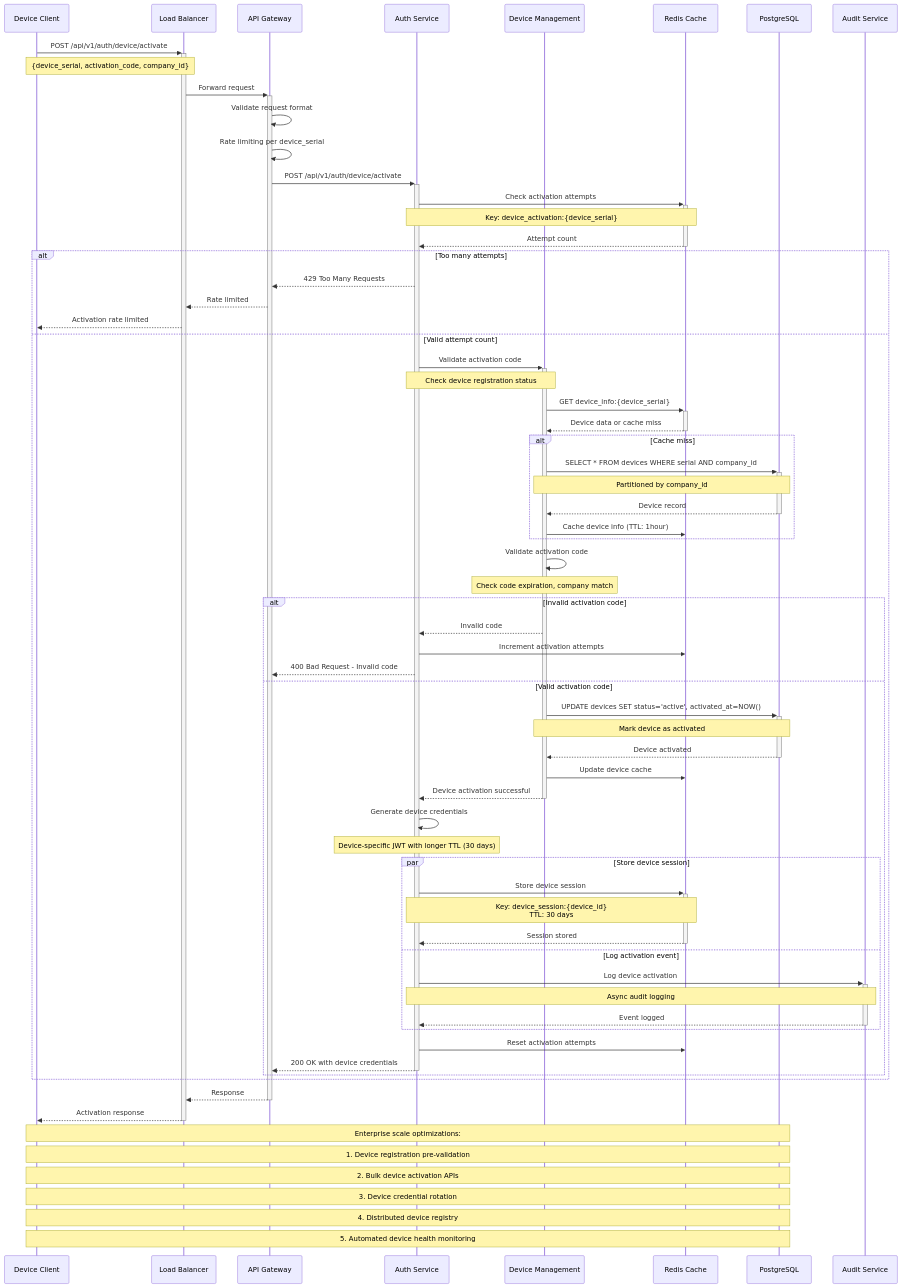
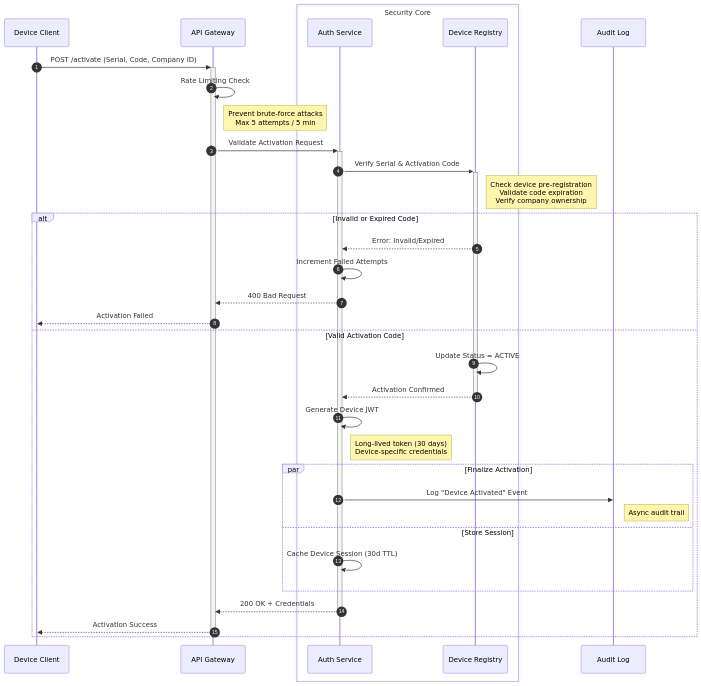
One commit to Youknow2509/cio_verify_face changed the diagram in doc/sequence_diagrams/auth/device_activate.mmd. Above: the diagram before and after it, drawn with Mermaid. The commit also changed 70 other files, not shown here.

Commit message:
feat(client): complete UI implementation for all 4 apps - web-admin, web-staff, device-app, system-admin with full features, themes, and auth

```diff
--- a/doc/sequence_diagrams/auth/device_activate.mmd
+++ b/doc/sequence_diagrams/auth/device_activate.mmd
@@ -1,83 +1,41 @@
 sequenceDiagram
+    autonumber
     participant Device as Device Client
-    participant LB as Load Balancer
     participant Gateway as API Gateway
-    participant Auth as Auth Service
-    participant DeviceMgmt as Device Management
-    participant Cache as Redis Cache
-    participant DB as PostgreSQL
-    participant Audit as Audit Service
+    box Security Core #fff5f5
+        participant Auth as Auth Service
+        participant Registry as Device Registry
+    end
+    participant Audit as Audit Log
 
-    Device->>+LB: POST /api/v1/auth/device/activate
-    Note over Device,LB: {device_serial, activation_code, company_id}
+    Device->>+Gateway: POST /activate (Serial, Code, Company ID)
+    Gateway->>Gateway: Rate Limiting Check
+    Note right of Gateway: Prevent brute-force attacks<br/>Max 5 attempts / 5 min
     
-    LB->>+Gateway: Forward request
-    Gateway->>Gateway: Validate request format
-    Gateway->>Gateway: Rate limiting per device_serial
+    Gateway->>+Auth: Validate Activation Request
+
+    Auth->>+Registry: Verify Serial & Activation Code
+    Note right of Registry: Check device pre-registration<br/>Validate code expiration<br/>Verify company ownership
     
-    Gateway->>+Auth: POST /api/v1/auth/device/activate
-    
-    Auth->>+Cache: Check activation attempts
-    Note over Auth,Cache: Key: device_activation:{device_serial}
-    Cache-->>-Auth: Attempt count
-    
-    alt Too many attempts
-        Auth-->>Gateway: 429 Too Many Requests
-        Gateway-->>LB: Rate limited
-        LB-->>Device: Activation rate limited
-    else Valid attempt count
-        Auth->>+DeviceMgmt: Validate activation code
-        Note over Auth,DeviceMgmt: Check device registration status
+    alt Invalid or Expired Code
+        Registry-->>Auth: Error: Invalid/Expired
+        Auth->>Auth: Increment Failed Attempts
+        Auth-->>Gateway: 400 Bad Request
+        Gateway-->>Device: Activation Failed
+    else Valid Activation Code
+        Registry->>Registry: Update Status = ACTIVE
+        Registry-->>-Auth: Activation Confirmed
         
-        DeviceMgmt->>+Cache: GET device_info:{device_serial}
-        Cache-->>-DeviceMgmt: Device data or cache miss
+        Auth->>Auth: Generate Device JWT
+        Note right of Auth: Long-lived token (30 days)<br/>Device-specific credentials
         
-        alt Cache miss
-            DeviceMgmt->>+DB: SELECT * FROM devices WHERE serial AND company_id
-            Note over DeviceMgmt,DB: Partitioned by company_id
-            DB-->>-DeviceMgmt: Device record
-            DeviceMgmt->>Cache: Cache device info (TTL: 1hour)
+        par Finalize Activation
+            Auth->>Audit: Log "Device Activated" Event
+            Note right of Audit: Async audit trail
+        and Store Session
+            Auth->>Auth: Cache Device Session (30d TTL)
         end
         
-        DeviceMgmt->>DeviceMgmt: Validate activation code
-        Note over DeviceMgmt: Check code expiration, company match
-        
-        alt Invalid activation code
-            DeviceMgmt-->>Auth: Invalid code
-            Auth->>Cache: Increment activation attempts
-            Auth-->>Gateway: 400 Bad Request - Invalid code
-        else Valid activation code
-            DeviceMgmt->>+DB: UPDATE devices SET status='active', activated_at=NOW()
-            Note over DeviceMgmt,DB: Mark device as activated
-            DB-->>-DeviceMgmt: Device activated
-            
-            DeviceMgmt->>Cache: Update device cache
-            DeviceMgmt-->>-Auth: Device activation successful
-            
-            Auth->>Auth: Generate device credentials
-            Note over Auth: Device-specific JWT with longer TTL (30 days)
-            
-            par Store device session
-                Auth->>+Cache: Store device session
-                Note over Auth,Cache: Key: device_session:{device_id}<br/>TTL: 30 days
-                Cache-->>-Auth: Session stored
-            and Log activation event
-                Auth->>+Audit: Log device activation
-                Note over Auth,Audit: Async audit logging
-                Audit-->>-Auth: Event logged
-            end
-            
-            Auth->>Cache: Reset activation attempts
-            Auth-->>-Gateway: 200 OK with device credentials
-        end
+        Auth-->>-Gateway: 200 OK + Credentials
+        Gateway-->>-Device: Activation Success
     end
-    
-    Gateway-->>-LB: Response
-    LB-->>-Device: Activation response
-    
-    Note over Device,DB: Enterprise scale optimizations:
-    Note over Device,DB: 1. Device registration pre-validation
-    Note over Device,DB: 2. Bulk device activation APIs
-    Note over Device,DB: 3. Device credential rotation
-    Note over Device,DB: 4. Distributed device registry
-    Note over Device,DB: 5. Automated device health monitoring
```
